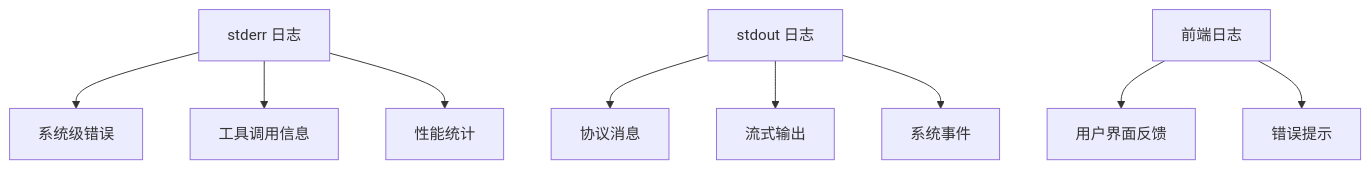
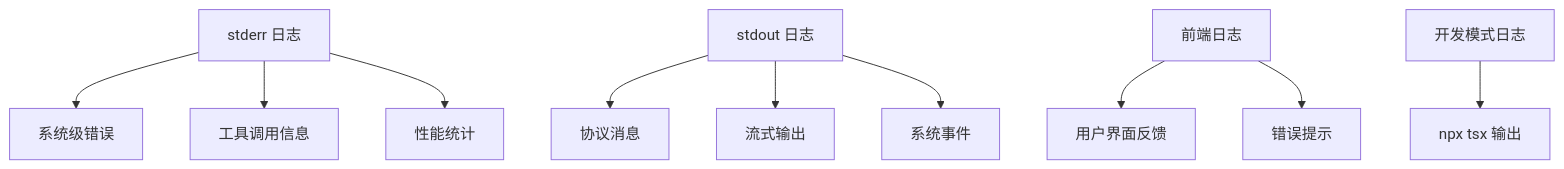
Diagram 14 of 14 in .qoder/repowiki/zh/content/Sidecar 进程/Sidecar 进程.md (RabbitAI-Lab/RabbitCoding), drawn with Mermaid before and after one commit. The commit also changed other lines of this file and 130 other files, not shown here.

````diff
--- a/.qoder/repowiki/zh/content/Sidecar 进程/Sidecar 进程.md
+++ b/.qoder/repowiki/zh/content/Sidecar 进程/Sidecar 进程.md
@@ -520,11 +620,12 @@
 ```mermaid
 flowchart TD
 A[stderr 日志] --> B[系统级错误]
 A --> C[工具调用信息]
 A --> D[性能统计]
 E[stdout 日志] --> F[协议消息]
 E --> G[流式输出]
 E --> H[系统事件]
 I[前端日志] --> J[用户界面反馈]
 I --> K[错误提示]
+L[开发模式日志] --> M[npx tsx 输出]
 ```
````
